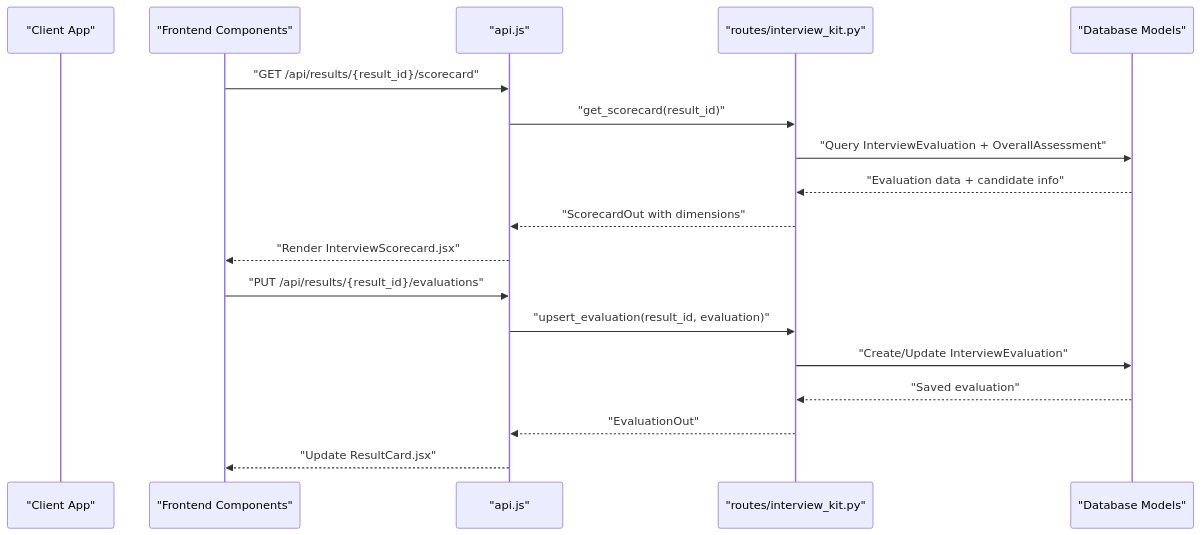
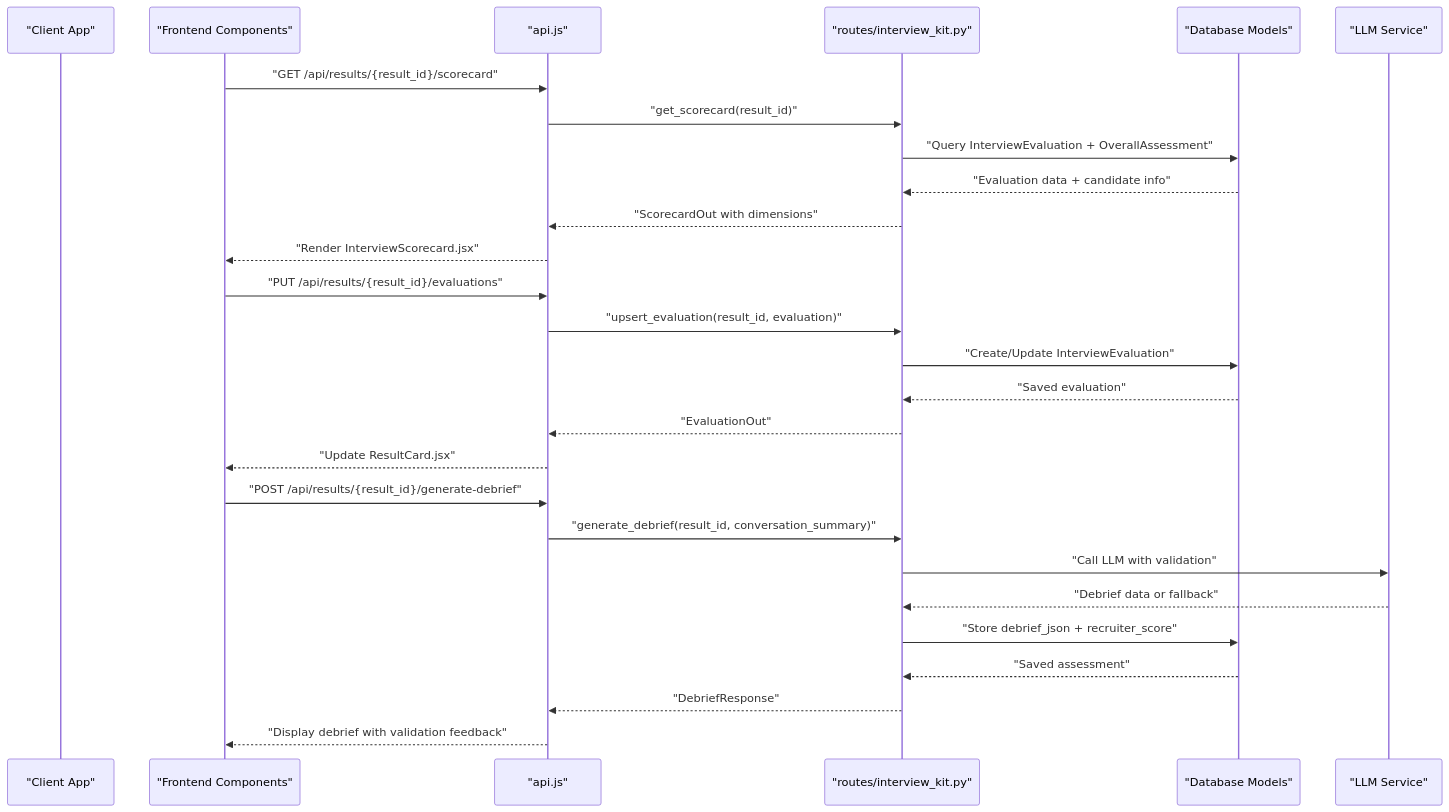
Before and after one commit to Revanththetalogics/aireume: the second of 13 diagrams in .qoder/repowiki/en/content/Video Analysis/Interview Analysis Workflow.md, drawn with Mermaid. The commit also changed other lines of this file and 7 other files, not shown here.

````diff
--- a/.qoder/repowiki/en/content/Video Analysis/Interview Analysis Workflow.md
+++ b/.qoder/repowiki/en/content/Video Analysis/Interview Analysis Workflow.md
@@ -164,20 +178,29 @@
 ```mermaid
 sequenceDiagram
 participant Client as "Client App"
 participant FE as "Frontend Components"
 participant API as "api.js"
 participant Route as "routes/interview_kit.py"
 participant DB as "Database Models"
+participant LLM as "LLM Service"
 FE->>API : "GET /api/results/{result_id}/scorecard"
 API->>Route : "get_scorecard(result_id)"
 Route->>DB : "Query InterviewEvaluation + OverallAssessment"
 DB-->>Route : "Evaluation data + candidate info"
 Route-->>API : "ScorecardOut with dimensions"
 API-->>FE : "Render InterviewScorecard.jsx"
 FE->>API : "PUT /api/results/{result_id}/evaluations"
 API->>Route : "upsert_evaluation(result_id, evaluation)"
 Route->>DB : "Create/Update InterviewEvaluation"
 DB-->>Route : "Saved evaluation"
 Route-->>API : "EvaluationOut"
 API-->>FE : "Update ResultCard.jsx"
+FE->>API : "POST /api/results/{result_id}/generate-debrief"
+API->>Route : "generate_debrief(result_id, conversation_summary)"
+Route->>LLM : "Call LLM with validation"
+LLM-->>Route : "Debrief data or fallback"
+Route->>DB : "Store debrief_json + recruiter_score"
+DB-->>Route : "Saved assessment"
+Route-->>API : "DebriefResponse"
+API-->>FE : "Display debrief with validation feedback"
 ```
````
